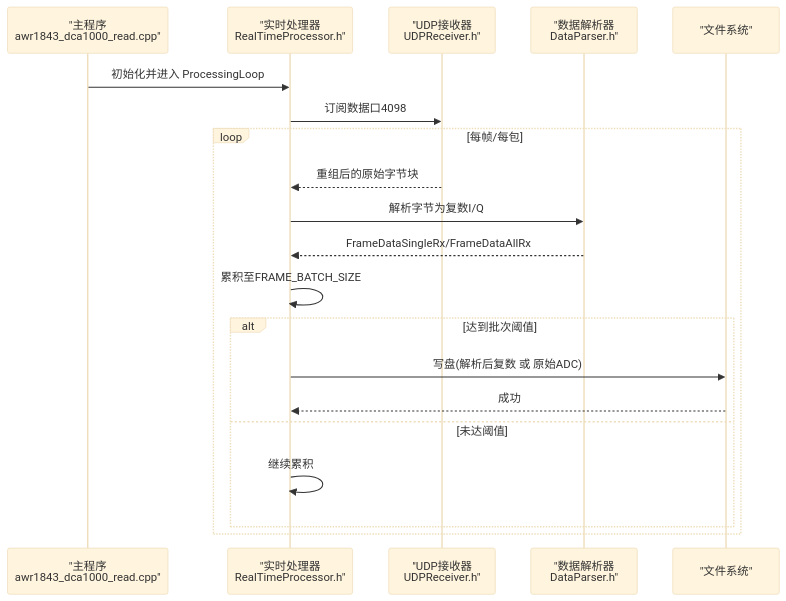
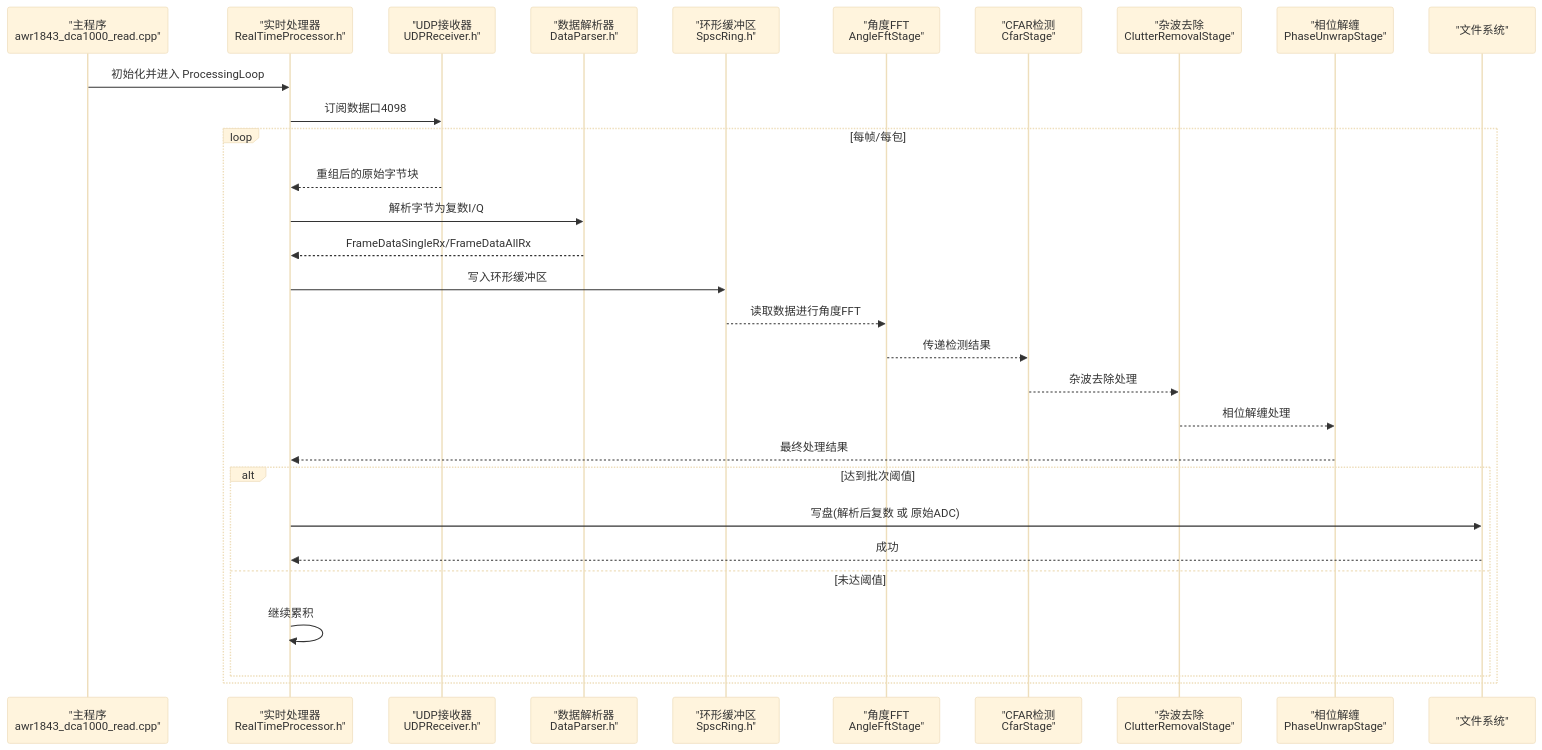
Before and after one commit to Lukad77/awr1843-radar-toolkit: the second of 9 diagrams in .qoder/repowiki/zh/content/实时处理流水线与数据流.md, drawn with Mermaid (base theme). The commit also changed other lines of this file and 5 other files, not shown here.

````diff
--- a/.qoder/repowiki/zh/content/实时处理流水线与数据流.md
+++ b/.qoder/repowiki/zh/content/实时处理流水线与数据流.md
@@ -84,22 +130,32 @@
 ```mermaid
 sequenceDiagram
 participant M as "主程序<br/>awr1843_dca1000_read.cpp"
 participant RTP as "实时处理器<br/>RealTimeProcessor.h"
 participant UDR as "UDP接收器<br/>UDPReceiver.h"
 participant DP as "数据解析器<br/>DataParser.h"
+participant SR as "环形缓冲区<br/>SpscRing.h"
+participant AFS as "角度FFT<br/>AngleFftStage"
+participant CFS as "CFAR检测<br/>CfarStage"
+participant CRS as "杂波去除<br/>ClutterRemovalStage"
+participant PUS as "相位解缠<br/>PhaseUnwrapStage"
 participant FS as "文件系统"
 M->>RTP : 初始化并进入 ProcessingLoop
 RTP->>UDR : 订阅数据口4098
 loop 每帧/每包
 UDR-->>RTP : 重组后的原始字节块
 RTP->>DP : 解析字节为复数I/Q
 DP-->>RTP : FrameDataSingleRx/FrameDataAllRx
-RTP->>RTP : 累积至FRAME_BATCH_SIZE
+RTP->>SR : 写入环形缓冲区
+SR-->>AFS : 读取数据进行角度FFT
+AFS-->>CFS : 传递检测结果
+CFS-->>CRS : 杂波去除处理
+CRS-->>PUS : 相位解缠处理
+PUS-->>RTP : 最终处理结果
 alt 达到批次阈值
 RTP->>FS : 写盘(解析后复数 或 原始ADC)
 FS-->>RTP : 成功
 else 未达阈值
 RTP->>RTP : 继续累积
 end
 end
 ```
````
